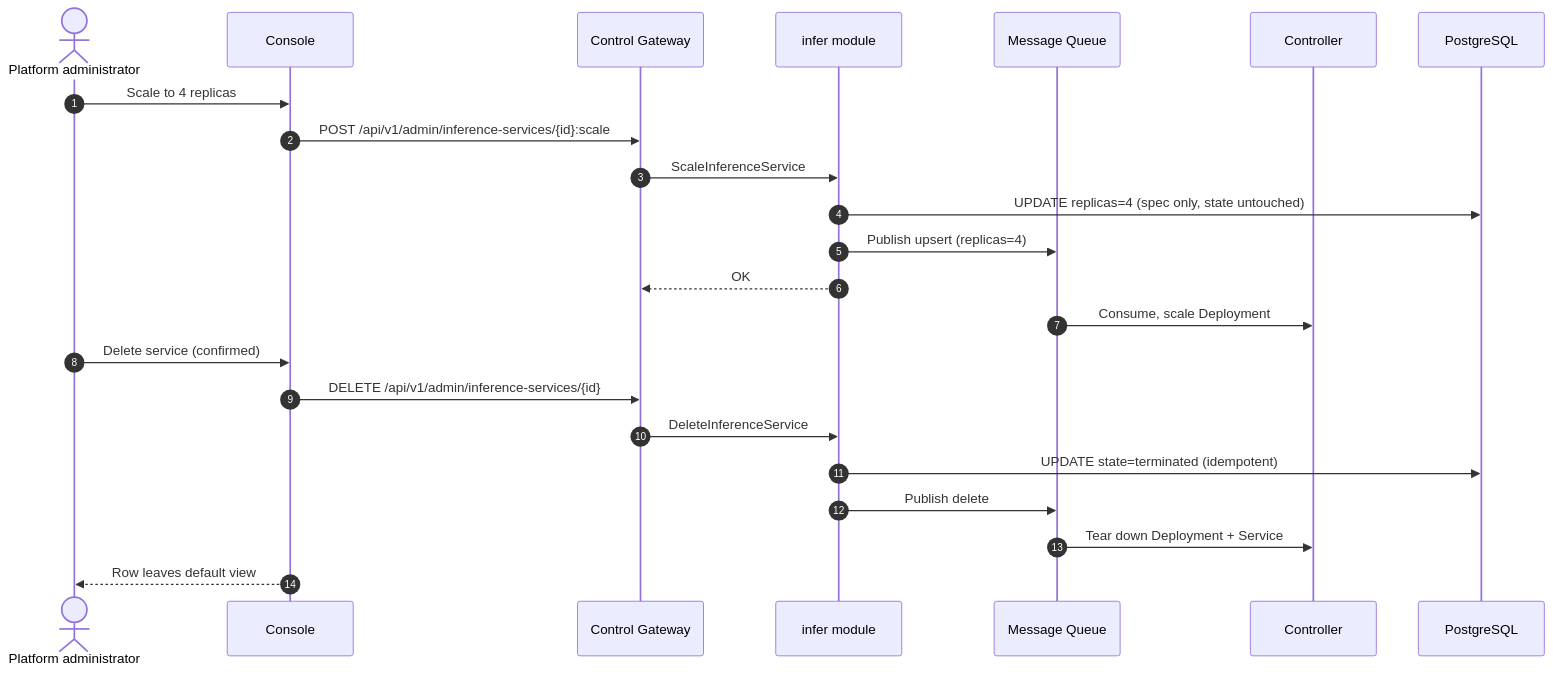
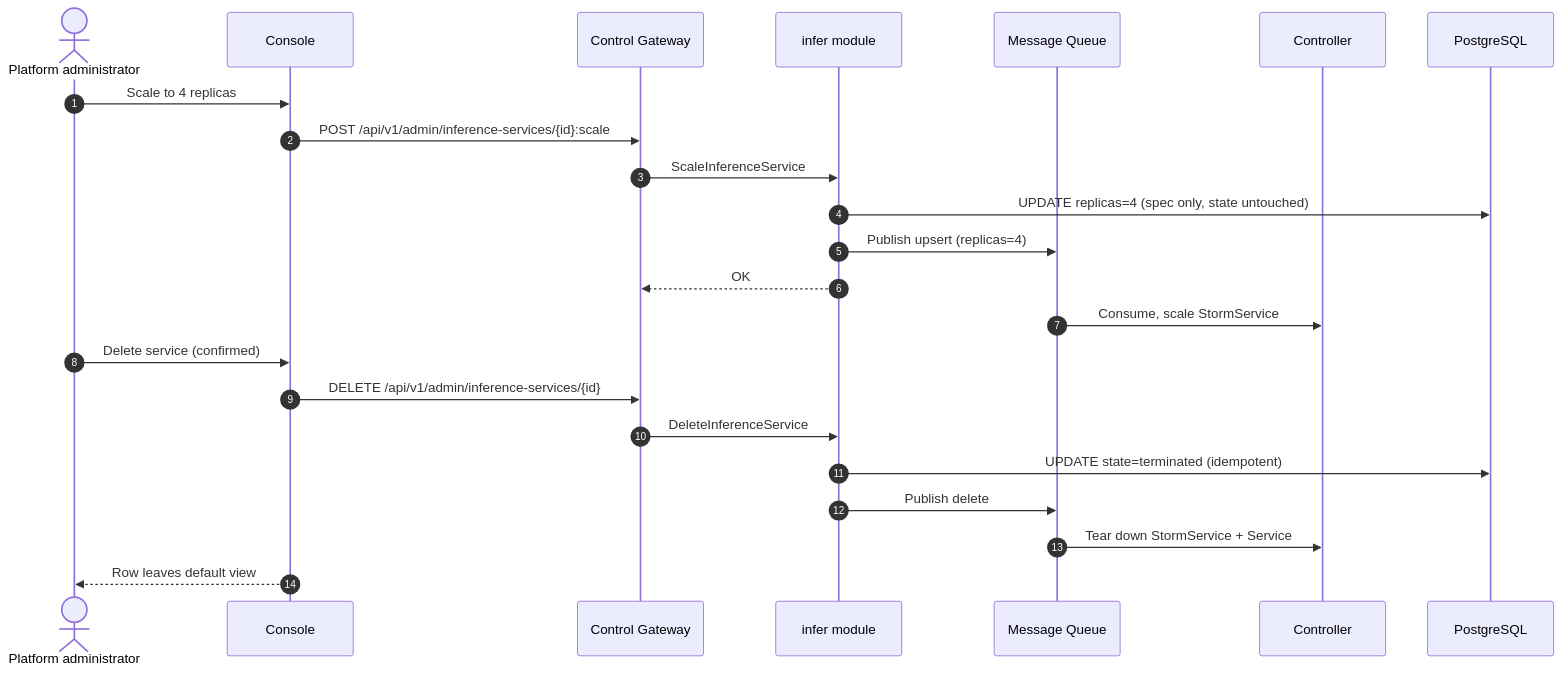
Before and after one commit to go-taas/go-taas: the fifth of 5 diagrams in site/docs/architecture/model-catalog-deployment.md, drawn with Mermaid. The commit also changed other lines of this file and 41 other files, not shown here.

````diff
--- a/site/docs/architecture/model-catalog-deployment.md
+++ b/site/docs/architecture/model-catalog-deployment.md
@@ -360,26 +392,26 @@
 ```mermaid
 sequenceDiagram
     autonumber
     actor Admin as Platform administrator
     participant Console as Console
     participant CGW as Control Gateway
     participant Infer as infer module
     participant MQ as Message Queue
     participant CTRL as Controller
     participant DB as PostgreSQL
 
     Admin->>Console: Scale to 4 replicas
     Console->>CGW: POST /api/v1/admin/inference-services/{id}:scale
     CGW->>Infer: ScaleInferenceService
     Infer->>DB: UPDATE replicas=4 (spec only, state untouched)
     Infer->>MQ: Publish upsert (replicas=4)
     Infer-->>CGW: OK
-    MQ->>CTRL: Consume, scale Deployment
+    MQ->>CTRL: Consume, scale StormService
     Admin->>Console: Delete service (confirmed)
     Console->>CGW: DELETE /api/v1/admin/inference-services/{id}
     CGW->>Infer: DeleteInferenceService
     Infer->>DB: UPDATE state=terminated (idempotent)
     Infer->>MQ: Publish delete
-    MQ->>CTRL: Tear down Deployment + Service
+    MQ->>CTRL: Tear down StormService + Service
     Console-->>Admin: Row leaves default view
 ```
````
